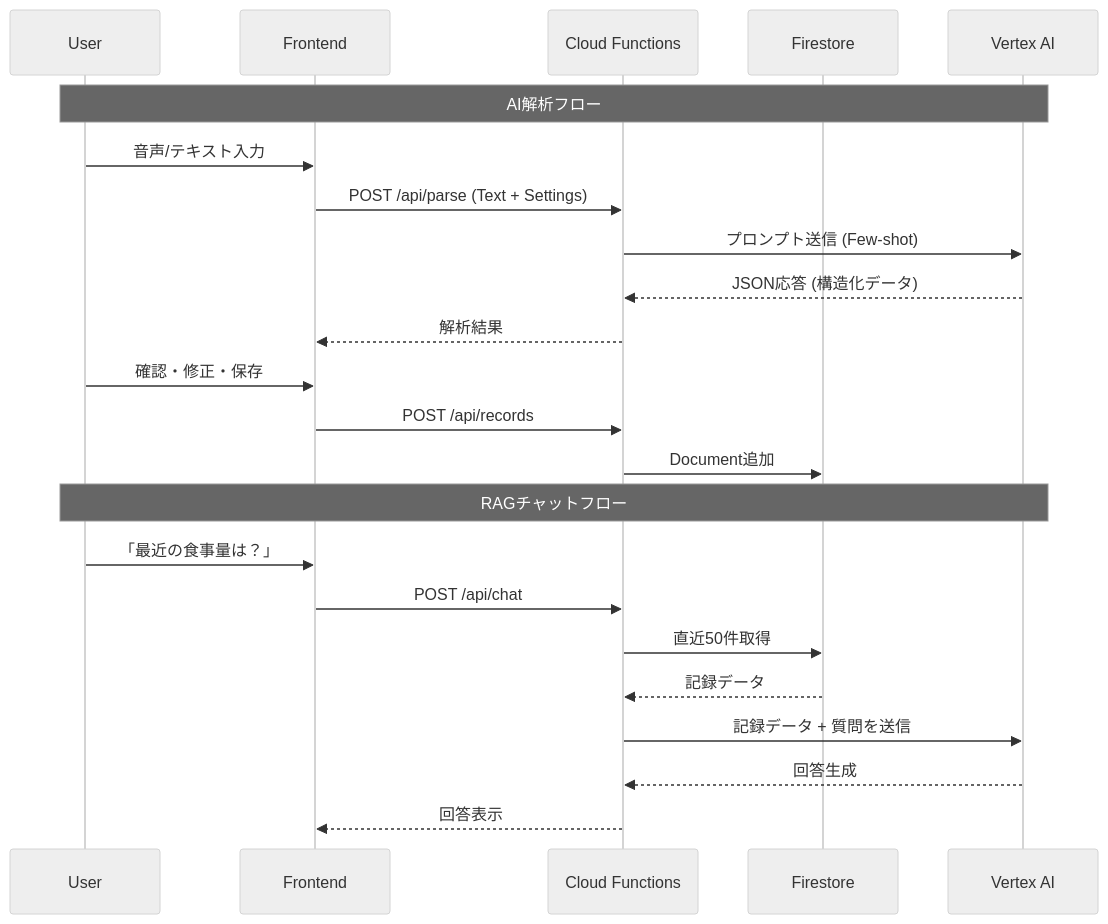
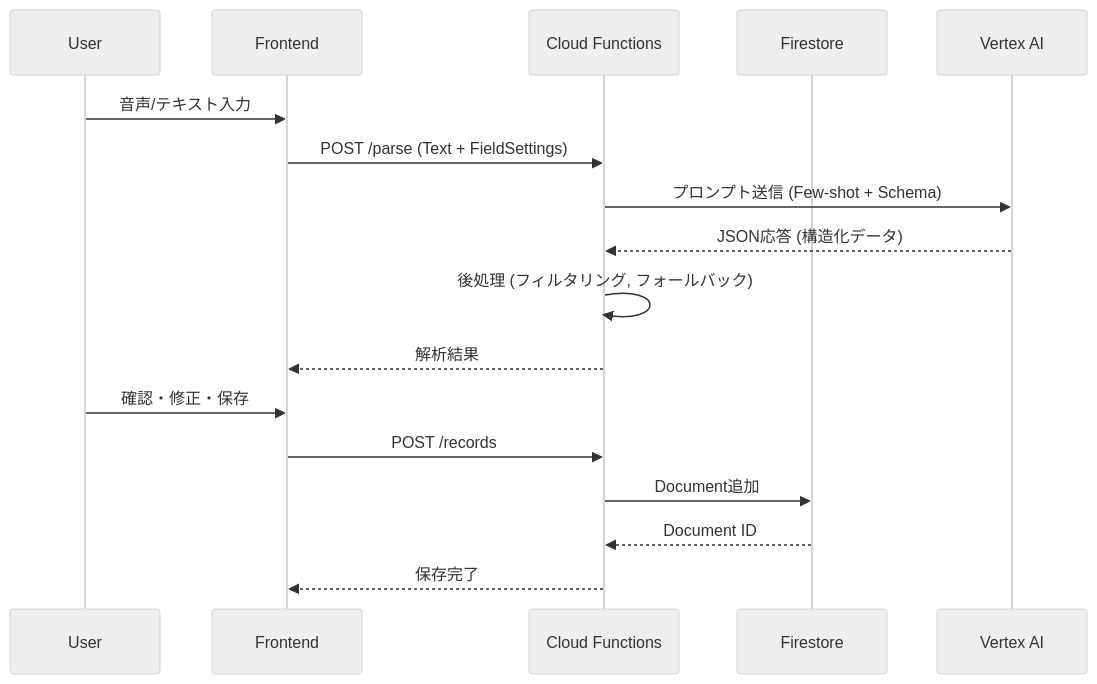
One commit to yasushihonda-acg/care-log-ai-jp changed the first of 2 diagrams in docs/ARCHITECTURE.md. Above: the diagram before and after it, drawn with Mermaid (neutral theme). The commit also changed other lines of this file and 4 other files, not shown here.

````diff
--- a/docs/ARCHITECTURE.md
+++ b/docs/ARCHITECTURE.md
@@ -69,27 +59,20 @@
 ```mermaid
 sequenceDiagram
     participant U as User
     participant FE as Frontend
     participant CF as Cloud Functions
     participant FS as Firestore
     participant VA as Vertex AI
 
-    Note over U, VA: AI解析フロー
     U->>FE: 音声/テキスト入力
-    FE->>CF: POST /api/parse (Text + Settings)
-    CF->>VA: プロンプト送信 (Few-shot)
+    FE->>CF: POST /parse (Text + FieldSettings)
+    CF->>VA: プロンプト送信 (Few-shot + Schema)
     VA-->>CF: JSON応答 (構造化データ)
+    CF->>CF: 後処理 (フィルタリング, フォールバック)
     CF-->>FE: 解析結果
     U->>FE: 確認・修正・保存
-    FE->>CF: POST /api/records
+    FE->>CF: POST /records
     CF->>FS: Document追加
-
-    Note over U, VA: RAGチャットフロー
-    U->>FE: 「最近の食事量は？」
-    FE->>CF: POST /api/chat
-    CF->>FS: 直近50件取得
-    FS-->>CF: 記録データ
-    CF->>VA: 記録データ + 質問を送信
-    VA-->>CF: 回答生成
-    CF-->>FE: 回答表示
+    FS-->>CF: Document ID
+    CF-->>FE: 保存完了
 ```
````
